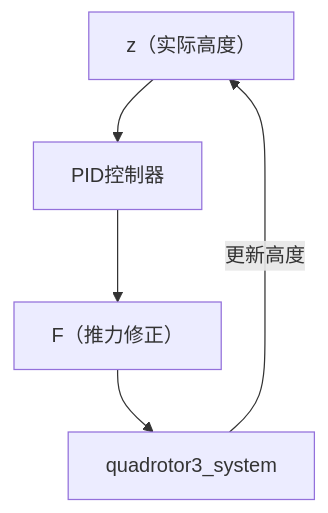
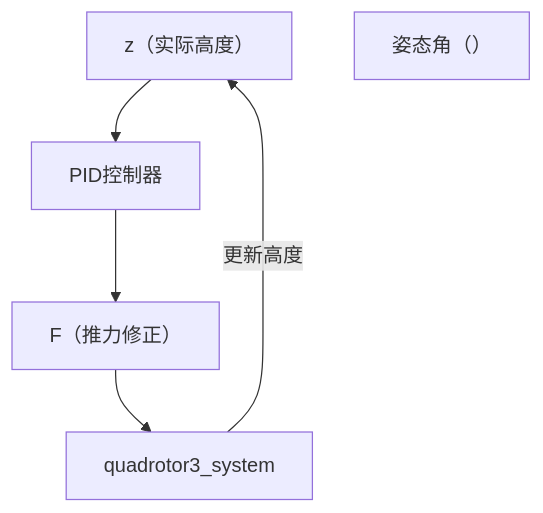
One commit to chao-8xx/stackedit-app-data changed the third of 3 diagrams in 四旋翼无人机轨迹三维跟踪控制.md. Above: the diagram before and after it, drawn with Mermaid. The commit also changed other lines of this file, not shown here.

````diff
--- a/四旋翼无人机轨迹三维跟踪控制.md
+++ b/四旋翼无人机轨迹三维跟踪控制.md
@@ -364,10 +364,11 @@
  ```mermaid
    graph TD
     A[z（实际高度）] -->B
     B[PID控制器]
     B --> C
     C[F（推力修正）]
     C --> D
 	D[quadrotor3_system]
 	D --> |更新高度|A
+	E[姿态角（）]
 ```
````
